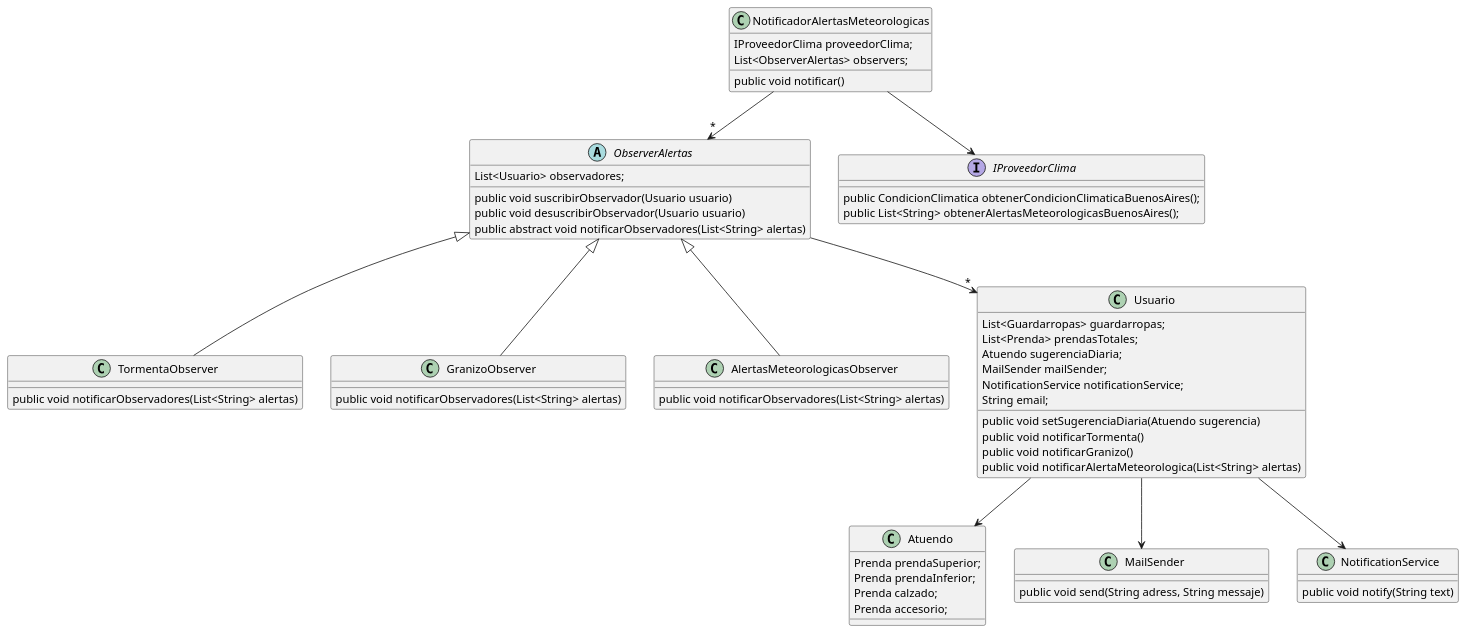
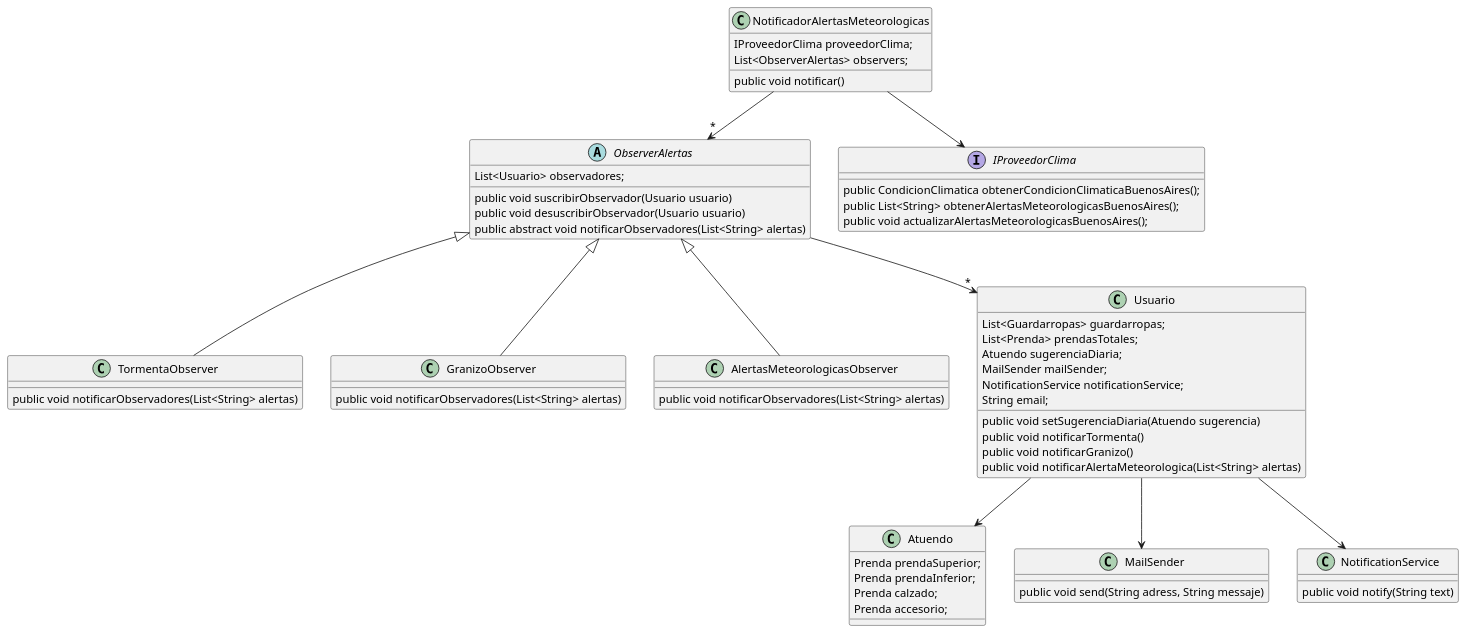
The diagram in Diagramas/entrega6.puml (esanchezventurini/QueMePongo), drawn with PlantUML before and after one commit. The commit also changed 1 other file, not shown here.

Commit message:
Corrijo diagrama

```diff
--- a/Diagramas/entrega6.puml
+++ b/Diagramas/entrega6.puml
@@ -1,70 +1,71 @@
 @startuml
 abstract class ObserverAlertas {
   List<Usuario> observadores;
   public void suscribirObservador(Usuario usuario)
   public void desuscribirObservador(Usuario usuario)
   public abstract void notificarObservadores(List<String> alertas)
 }
 
 
 class TormentaObserver extends ObserverAlertas{
   public void notificarObservadores(List<String> alertas)
 }
 
 
 class GranizoObserver extends ObserverAlertas{
   public void notificarObservadores(List<String> alertas)
 }
 
 class AlertasMeteorologicasObserver extends ObserverAlertas {
   public void notificarObservadores(List<String> alertas)
 }
 
 class NotificadorAlertasMeteorologicas {
   IProveedorClima proveedorClima;
   List<ObserverAlertas> observers;
   public void notificar()
 }
 
 
 class Usuario {
   List<Guardarropas> guardarropas;
   List<Prenda> prendasTotales;
   Atuendo sugerenciaDiaria;
   MailSender mailSender;
   NotificationService notificationService;
   String email;
 
   public void setSugerenciaDiaria(Atuendo sugerencia)
   public void notificarTormenta()
   public void notificarGranizo()
   public void notificarAlertaMeteorologica(List<String> alertas)
 }
 
 interface IProveedorClima {
   public CondicionClimatica obtenerCondicionClimaticaBuenosAires();
   public List<String> obtenerAlertasMeteorologicasBuenosAires();
+  public void actualizarAlertasMeteorologicasBuenosAires();
 }
 
 class Atuendo {
   Prenda prendaSuperior;
   Prenda prendaInferior;
   Prenda calzado;
   Prenda accesorio;
 }
 
 class MailSender {
   public void send(String adress, String messaje)
 }
 
 class NotificationService {
   public void notify(String text)
 }
 
 Usuario-->MailSender
 Usuario-->NotificationService
 Usuario-->Atuendo
 NotificadorAlertasMeteorologicas-->IProveedorClima
 NotificadorAlertasMeteorologicas-->"*"ObserverAlertas
 ObserverAlertas-->"*"Usuario
 @enduml
```
